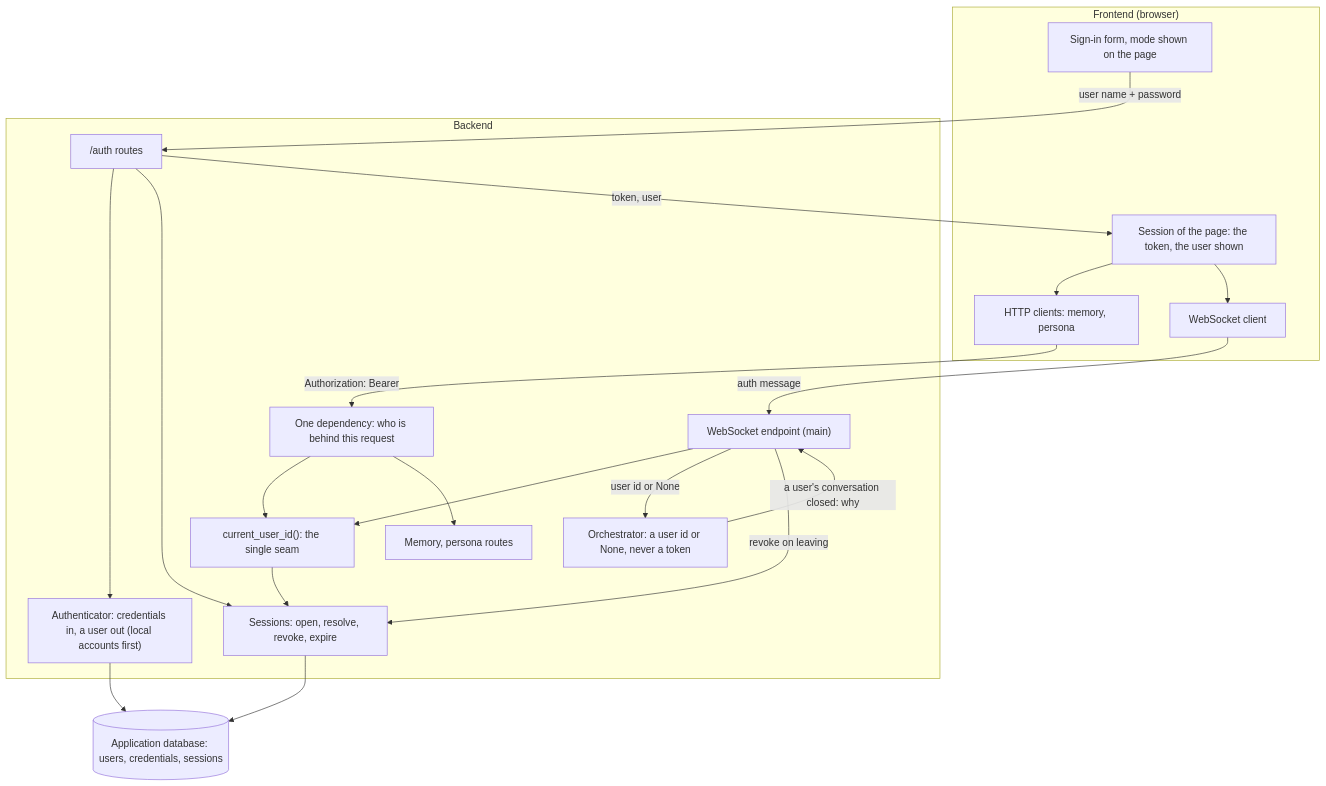
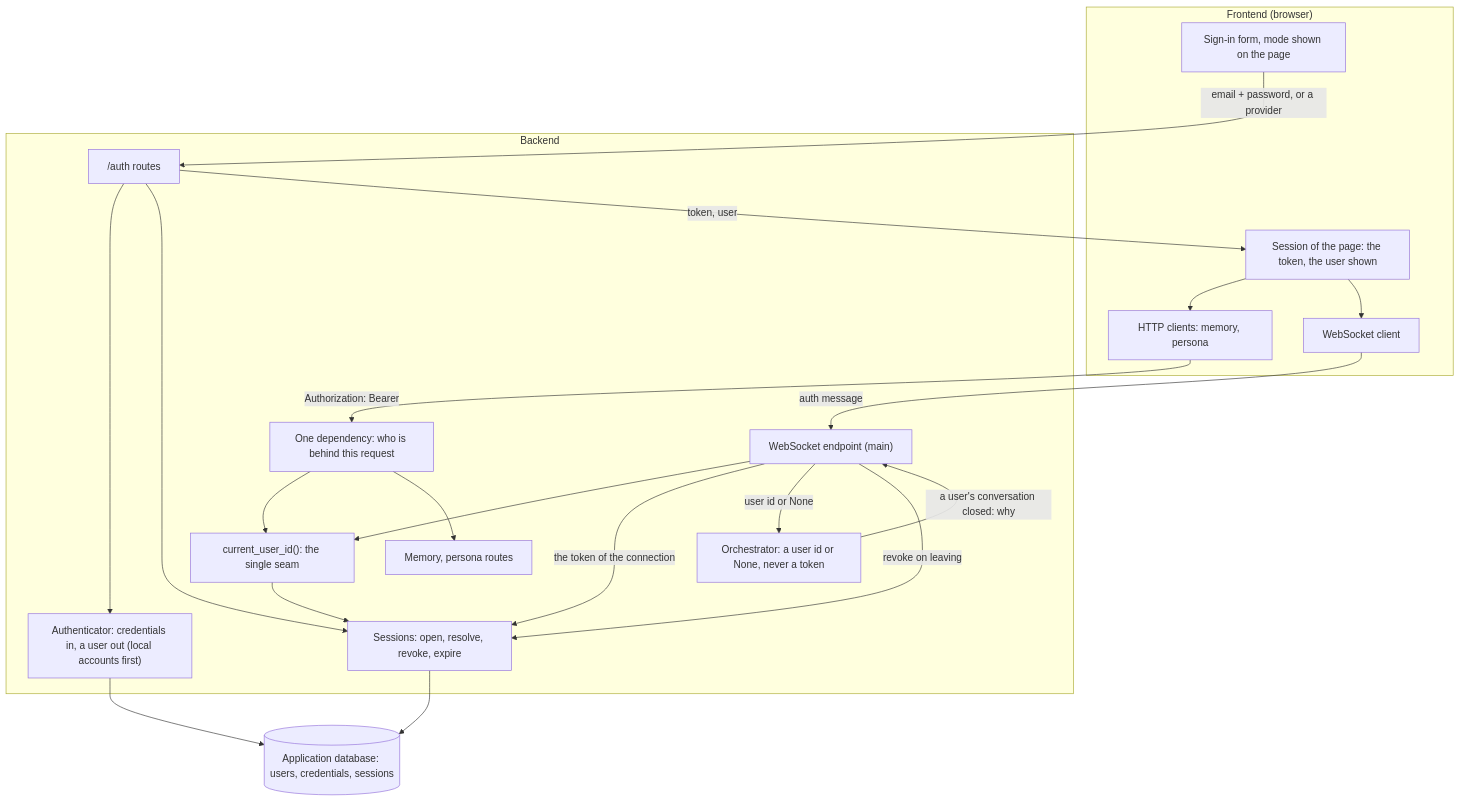
One commit to Learnheart/Avatar_AI changed the second of 6 diagrams in docs/2026-10-13/sign-in/design.md. Above: the diagram before and after it, drawn with Mermaid. The commit also changed other lines of this file and 3 other files, not shown here.

First line of the commit message:
docs(update docs): draw the sign-in flow in the architecture dataflow

````diff
--- a/docs/2026-10-13/sign-in/design.md
+++ b/docs/2026-10-13/sign-in/design.md
@@ -48,40 +48,41 @@
 ```mermaid
 flowchart TB
     subgraph FE["Frontend (browser)"]
         authui["Sign-in form, mode shown on the page"]
         session["Session of the page: the token, the user shown"]
         clients["HTTP clients: memory, persona"]
         wsclient["WebSocket client"]
     end
 
     subgraph BE["Backend"]
         authapi["/auth routes"]
         dependency["One dependency: who is behind this request"]
         wsendpoint["WebSocket endpoint (main)"]
         identity["current_user_id(): the single seam"]
         sessions["Sessions: open, resolve, revoke, expire"]
         authenticator["Authenticator: credentials in, a user out (local accounts first)"]
         orch["Orchestrator: a user id or None, never a token"]
         features["Memory, persona routes"]
     end
 
     appdb[("Application database: users, credentials, sessions")]
 
-    authui -->|"user name + password"| authapi
+    authui -->|"email + password, or a provider"| authapi
     authapi --> authenticator
     authapi --> sessions
     authapi -->|"token, user"| session
     session --> clients
     session --> wsclient
     clients -->|"Authorization: Bearer"| dependency
     wsclient -->|"auth message"| wsendpoint
     dependency --> identity
     wsendpoint --> identity
+    wsendpoint -->|"the token of the connection"| sessions
     identity --> sessions
     dependency --> features
     wsendpoint -->|"user id or None"| orch
     orch -->|"a user's conversation closed: why"| wsendpoint
     wsendpoint -->|"revoke on leaving"| sessions
     sessions --> appdb
     authenticator --> appdb
 ```
````
